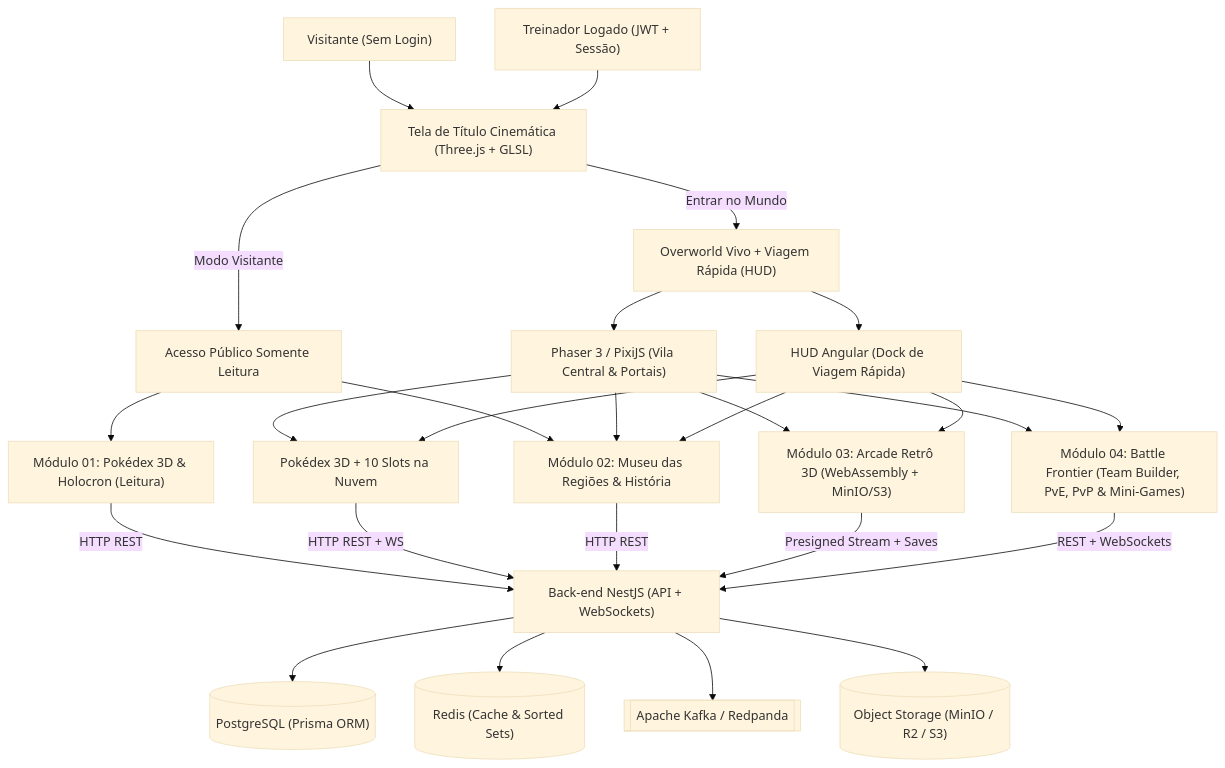
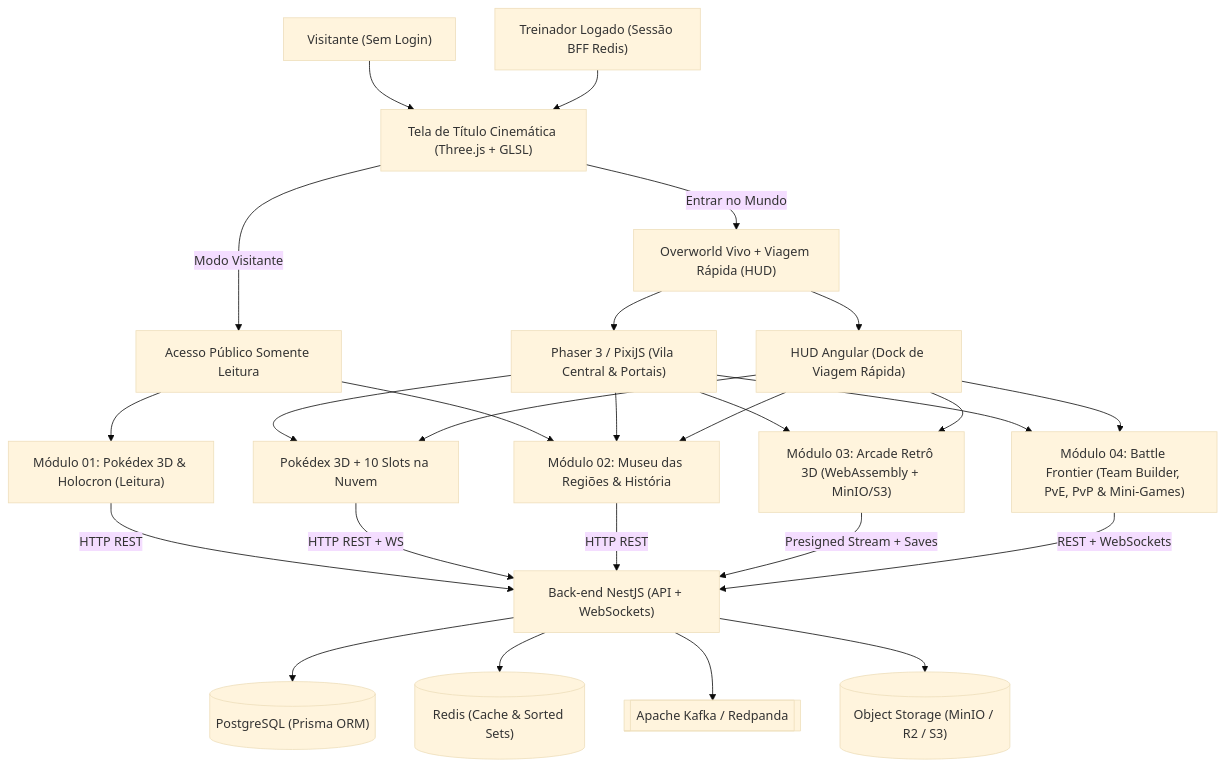
The diagram in docs/00-visao-geral-e-roadmap.md (Digooow/pokedex-frontend), drawn with Mermaid (base theme) before and after one commit. The commit also changed other lines of this file and 6 other files, not shown here.

Commit message:
docs: realign roadmap for cloud deploy, pokedex 3d fidelity and 3-layer encyclopedia

````diff
--- a/docs/00-visao-geral-e-roadmap.md
+++ b/docs/00-visao-geral-e-roadmap.md
@@ -15,35 +17,35 @@
 ```mermaid
 flowchart TB
   Visitor["Visitante (Sem Login)"] --> Title["Tela de Título Cinemática (Three.js + GLSL)"]
-  Trainer["Treinador Logado (JWT + Sessão)"] --> Title
+  Trainer["Treinador Logado (Sessão BFF Redis)"] --> Title
 
   Title -->|"Modo Visitante"| PublicAccess["Acesso Público Somente Leitura"]
   Title -->|"Entrar no Mundo"| AuthAccess["Overworld Vivo + Viagem Rápida (HUD)"]
 
   PublicAccess --> DexMod["Módulo 01: Pokédex 3D & Holocron (Leitura)"]
   PublicAccess --> MuseumMod["Módulo 02: Museu das Regiões & História"]
 
   AuthAccess --> Overworld["Phaser 3 / PixiJS (Vila Central & Portais)"]
   AuthAccess --> QuickTravel["HUD Angular (Dock de Viagem Rápida)"]
 
   Overworld --> DexModCloud["Pokédex 3D + 10 Slots na Nuvem"]
   Overworld --> MuseumMod
   Overworld --> ArcadeMod["Módulo 03: Arcade Retrô 3D (WebAssembly + MinIO/S3)"]
   Overworld --> ArenaMod["Módulo 04: Battle Frontier (Team Builder, PvE, PvP & Mini-Games)"]
 
   QuickTravel --> DexModCloud
   QuickTravel --> MuseumMod
   QuickTravel --> ArcadeMod
   QuickTravel --> ArenaMod
 
   DexMod -->|"HTTP REST"| NestAPI["Back-end NestJS (API + WebSockets)"]
   DexModCloud -->|"HTTP REST + WS"| NestAPI
   MuseumMod -->|"HTTP REST"| NestAPI
   ArcadeMod -->|"Presigned Stream + Saves"| NestAPI
   ArenaMod -->|"REST + WebSockets"| NestAPI
 
   NestAPI --> PG[("PostgreSQL (Prisma ORM)")]
   NestAPI --> RD[("Redis (Cache & Sorted Sets)")]
   NestAPI --> Kafka[["Apache Kafka / Redpanda"]]
   NestAPI --> S3[("Object Storage (MinIO / R2 / S3)")]
 ```
````
